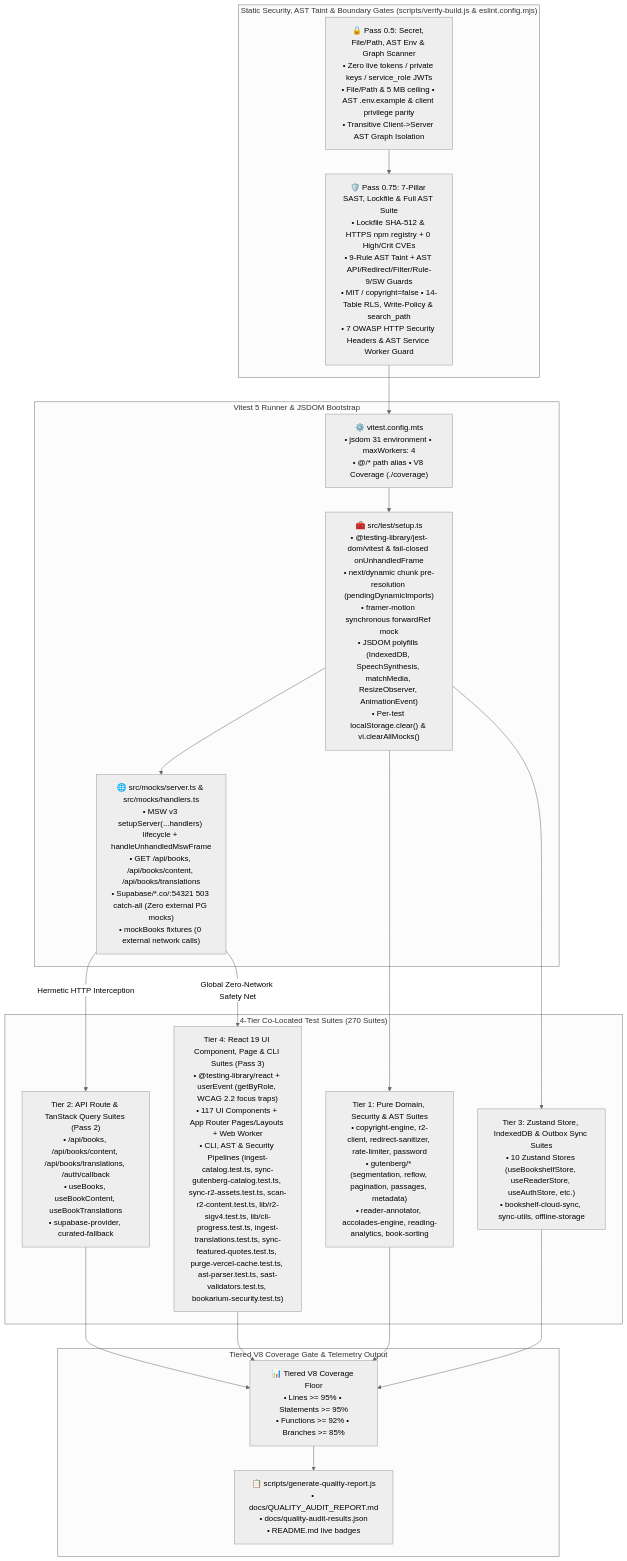
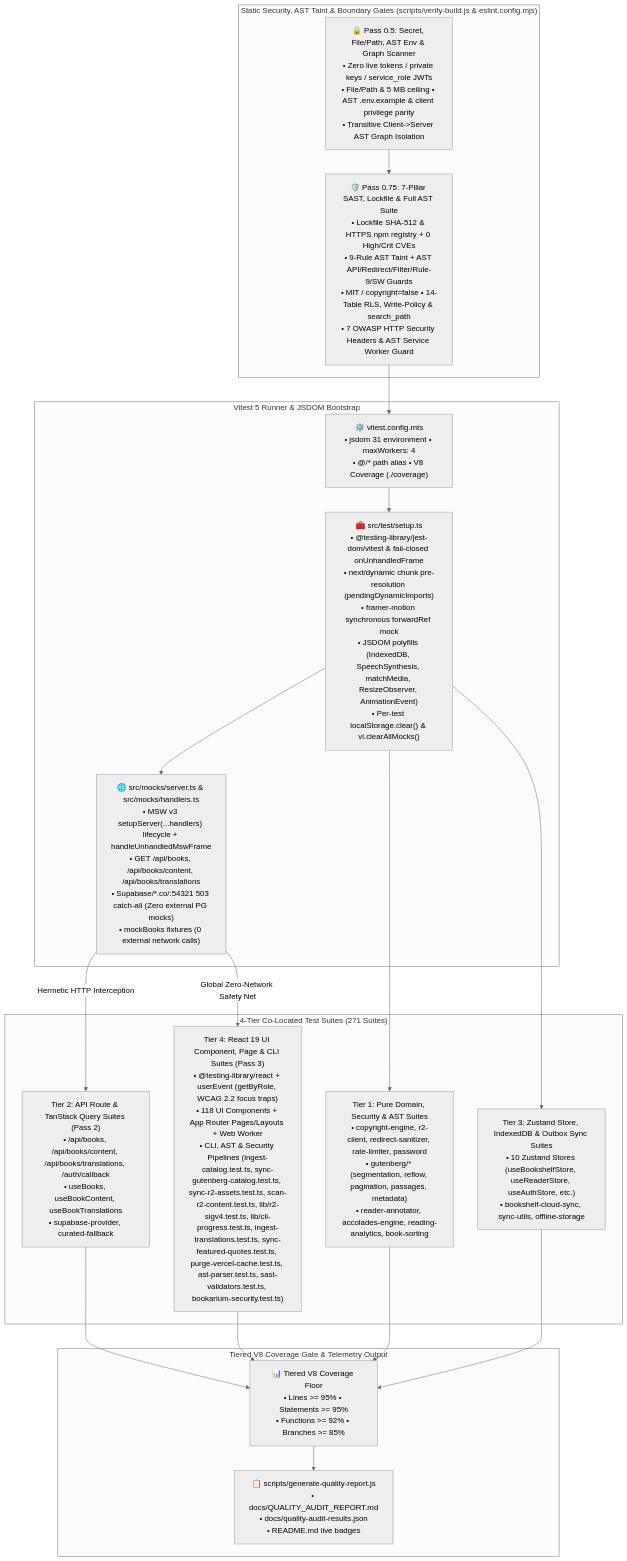
Before and after one commit to calin-m/Bookarium: the diagram in docs/architecture/ast-topology-and-tooling.md, drawn with Mermaid (neutral theme). The commit also changed other lines of this file and 43 other files, not shown here.

````diff
--- a/docs/architecture/ast-topology-and-tooling.md
+++ b/docs/architecture/ast-topology-and-tooling.md
@@ -15,39 +15,39 @@
 ```mermaid
 flowchart TD
     subgraph SecurityGates ["Static Security, AST Taint & Boundary Gates (scripts/verify-build.js & eslint.config.mjs)"]
         Pass05["🔒 Pass 0.5: Secret, File/Path, AST Env & Graph Scanner\n• Zero live tokens / private keys / service_role JWTs\n• File/Path & 5 MB ceiling • AST .env.example & client privilege parity\n• Transitive Client->Server AST Graph Isolation"]
         Pass075["🛡️ Pass 0.75: 7-Pillar SAST, Lockfile & Full AST Suite\n• Lockfile SHA-512 & HTTPS npm registry + 0 High/Crit CVEs\n• 9-Rule AST Taint + AST API/Redirect/Filter/Rule-9/SW Guards\n• MIT / copyright=false • 14-Table RLS, Write-Policy & search_path\n• 7 OWASP HTTP Security Headers & AST Service Worker Guard"]
     end
 
     subgraph TestRunner ["Vitest 5 Runner & JSDOM Bootstrap"]
         VitestCfg["⚙️ vitest.config.mts\n• jsdom 31 environment • maxWorkers: 4\n• @/* path alias • V8 Coverage (./coverage)"]
         TestSetup["🧰 src/test/setup.ts\n• @testing-library/jest-dom/vitest & fail-closed onUnhandledFrame\n• next/dynamic chunk pre-resolution (pendingDynamicImports)\n• framer-motion synchronous forwardRef mock\n• JSDOM polyfills (IndexedDB, SpeechSynthesis, matchMedia, ResizeObserver, AnimationEvent)\n• Per-test localStorage.clear() & vi.clearAllMocks()"]
         MSWServer["🌐 src/mocks/server.ts & src/mocks/handlers.ts\n• MSW v3 setupServer(...handlers) lifecycle + handleUnhandledMswFrame\n• GET /api/books, /api/books/content, /api/books/translations\n• Supabase/*.co/:54321 503 catch-all (Zero external PG mocks)\n• mockBooks fixtures (0 external network calls)"]
     end
 
-    subgraph TestTiers ["4-Tier Co-Located Test Suites (270 Suites)"]
+    subgraph TestTiers ["4-Tier Co-Located Test Suites (271 Suites)"]
         Tier1["Tier 1: Pure Domain, Security & AST Suites\n• copyright-engine, r2-client, redirect-sanitizer, rate-limiter, password\n• gutenberg/* (segmentation, reflow, pagination, passages, metadata)\n• reader-annotator, accolades-engine, reading-analytics, book-sorting"]
         Tier2["Tier 2: API Route & TanStack Query Suites (Pass 2)\n• /api/books, /api/books/content, /api/books/translations, /auth/callback\n• useBooks, useBookContent, useBookTranslations\n• supabase-provider, curated-fallback"]
         Tier3["Tier 3: Zustand Store, IndexedDB & Outbox Sync Suites\n• 10 Zustand Stores (useBookshelfStore, useReaderStore, useAuthStore, etc.)\n• bookshelf-cloud-sync, sync-utils, offline-storage"]
-        Tier4["Tier 4: React 19 UI Component, Page & CLI Suites (Pass 3)\n• @testing-library/react + userEvent (getByRole, WCAG 2.2 focus traps)\n• 117 UI Components + App Router Pages/Layouts + Web Worker\n• CLI, AST & Security Pipelines (ingest-catalog.test.ts, sync-gutenberg-catalog.test.ts, sync-r2-assets.test.ts, scan-r2-content.test.ts, lib/r2-sigv4.test.ts, lib/cli-progress.test.ts, ingest-translations.test.ts, sync-featured-quotes.test.ts, purge-vercel-cache.test.ts, ast-parser.test.ts, sast-validators.test.ts, bookarium-security.test.ts)"]
+        Tier4["Tier 4: React 19 UI Component, Page & CLI Suites (Pass 3)\n• @testing-library/react + userEvent (getByRole, WCAG 2.2 focus traps)\n• 118 UI Components + App Router Pages/Layouts + Web Worker\n• CLI, AST & Security Pipelines (ingest-catalog.test.ts, sync-gutenberg-catalog.test.ts, sync-r2-assets.test.ts, scan-r2-content.test.ts, lib/r2-sigv4.test.ts, lib/cli-progress.test.ts, ingest-translations.test.ts, sync-featured-quotes.test.ts, purge-vercel-cache.test.ts, ast-parser.test.ts, sast-validators.test.ts, bookarium-security.test.ts)"]
     end
 
     subgraph CoverageGate ["Tiered V8 Coverage Gate & Telemetry Output"]
         V8Thresholds["📊 Tiered V8 Coverage Floor\n• Lines >= 95% • Statements >= 95%\n• Functions >= 92% • Branches >= 85%"]
         QualityReport["📋 scripts/generate-quality-report.js\n• docs/QUALITY_AUDIT_REPORT.md\n• docs/quality-audit-results.json\n• README.md live badges"]
     end
 
     Pass05 --> Pass075
     Pass075 --> VitestCfg
     VitestCfg --> TestSetup
     TestSetup --> MSWServer
     TestSetup --> Tier1
     MSWServer -->|"Hermetic HTTP Interception"| Tier2
     TestSetup --> Tier3
     MSWServer -->|"Global Zero-Network Safety Net"| Tier4
     Tier1 --> V8Thresholds
     Tier2 --> V8Thresholds
     Tier3 --> V8Thresholds
     Tier4 --> V8Thresholds
     V8Thresholds --> QualityReport
 ```
````
